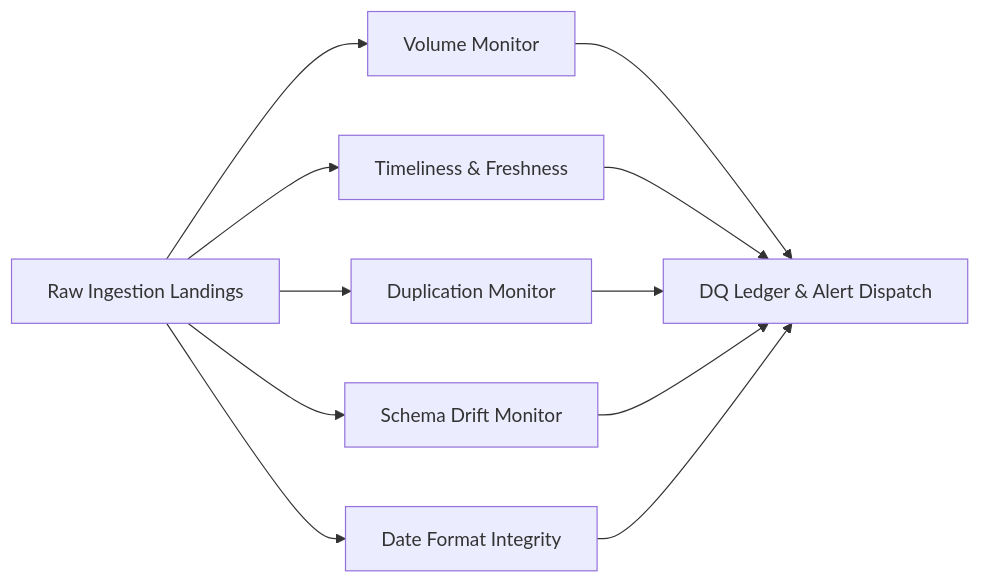
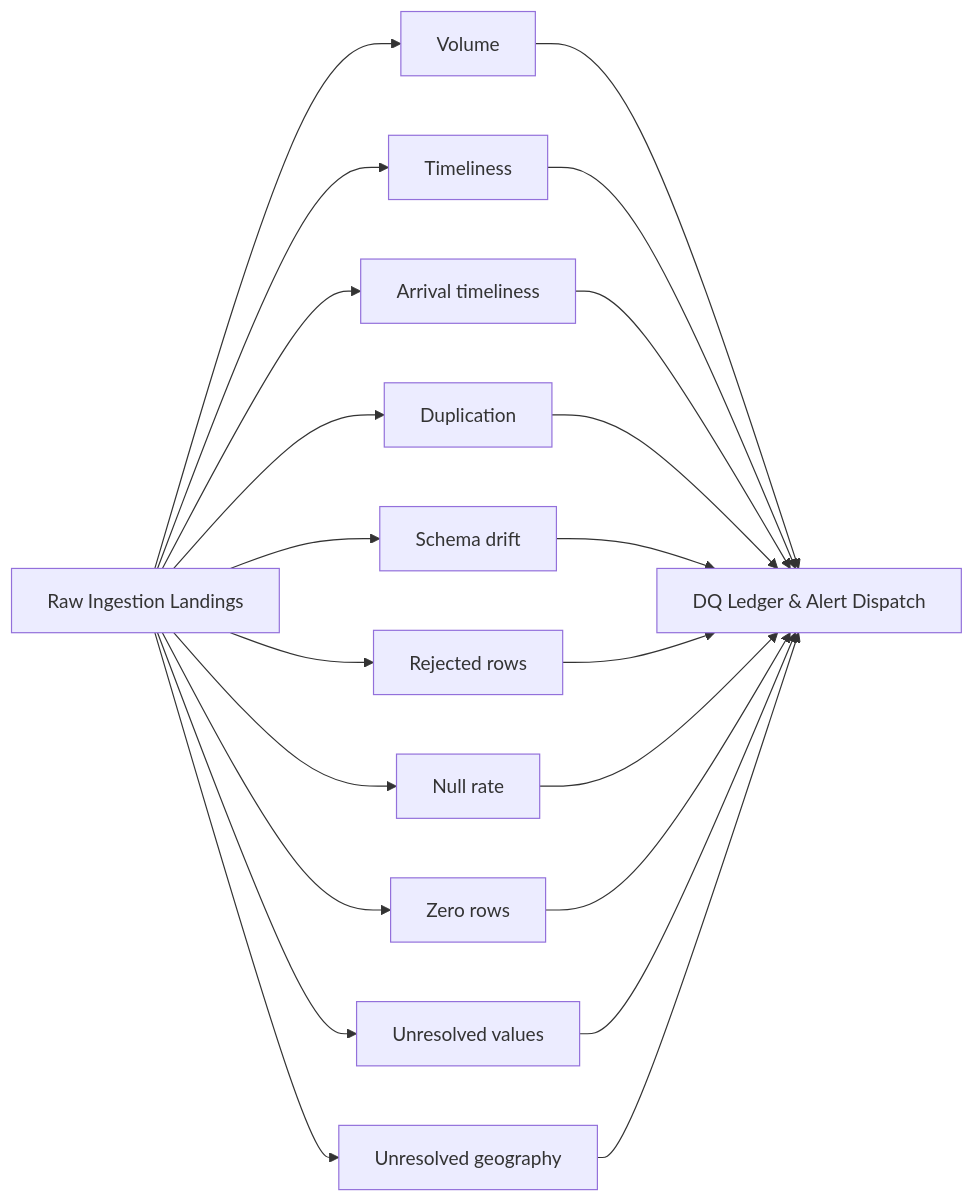
The diagram in docs/data-quality.mdx (Toorow/Toorow), drawn with Mermaid before and after one commit. The commit also changed other lines of this file and 3605 other files, not shown here.

````diff
--- a/docs/data-quality.mdx
+++ b/docs/data-quality.mdx
@@ -14,9 +16,14 @@
 ```mermaid
 flowchart LR
-    A["Raw Ingestion Landings"] --> B["Volume Monitor"]
-    A --> C["Timeliness & Freshness"]
-    A --> D["Duplication Monitor"]
-    A --> E["Schema Drift Monitor"]
-    A --> F["Date Format Integrity"]
-    B & C & D & E & F --> G["DQ Ledger & Alert Dispatch"]
+    A["Raw Ingestion Landings"] --> B["Volume"]
+    A --> C["Timeliness"]
+    A --> D["Arrival timeliness"]
+    A --> E["Duplication"]
+    A --> F["Schema drift"]
+    A --> G["Rejected rows"]
+    A --> H["Null rate"]
+    A --> I["Zero rows"]
+    A --> J["Unresolved values"]
+    A --> K["Unresolved geography"]
+    B & C & D & E & F & G & H & I & J & K --> L["DQ Ledger & Alert Dispatch"]
 ```
````
